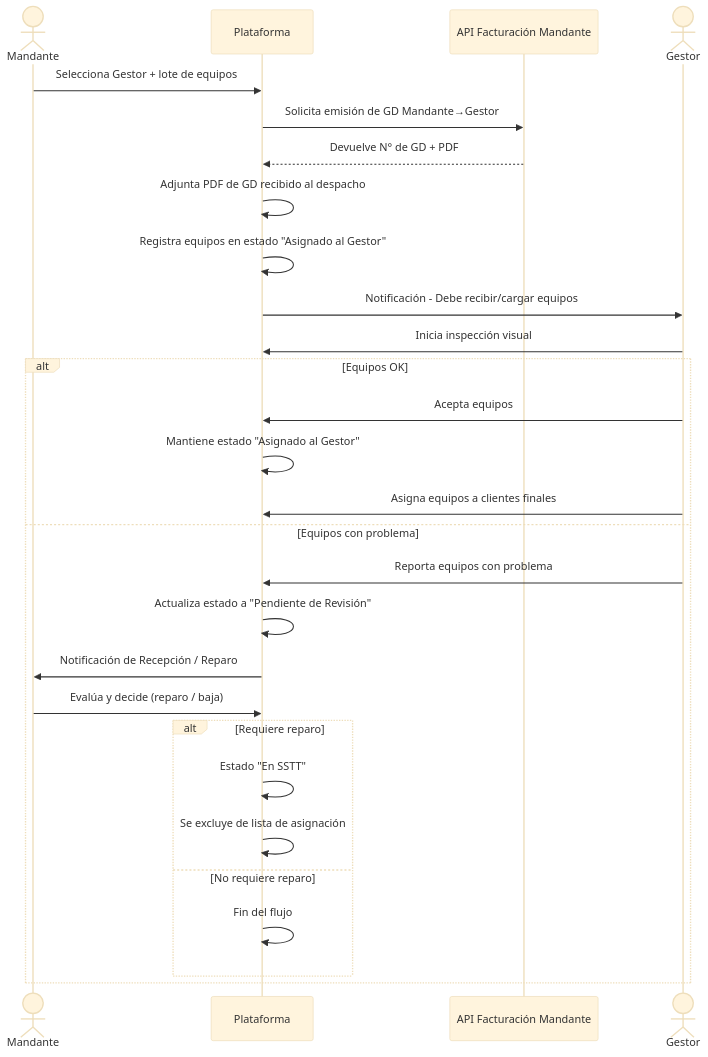
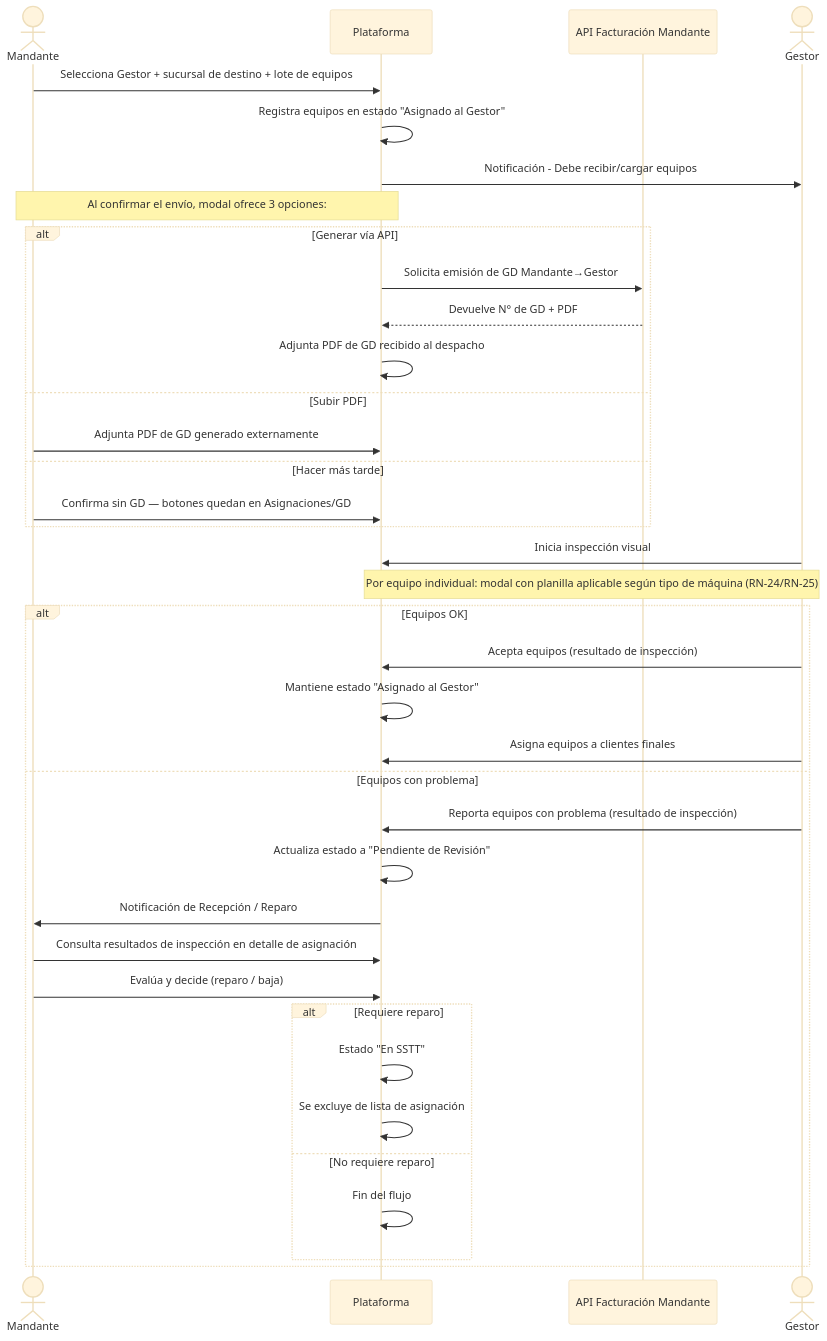
Before and after one commit to nicolascasanova0799/Prototipo-Maquinas: the fifth of 7 diagrams in .gitbook/docs/diagramas-del-sistema.md, drawn with Mermaid (base theme). The commit also changed other lines of this file and 57 other files, not shown here.

First line of the commit message:
Add changelog documentation tracking 14 applied prototype changes from obs1.md review session, including Carozzi rebrand, Gestor terminology, multi-address support, GD generation flow, inspection templates, and RUT field additions

````diff
--- a/.gitbook/docs/diagramas-del-sistema.md
+++ b/.gitbook/docs/diagramas-del-sistema.md
@@ -204,31 +206,40 @@
 ```mermaid
 sequenceDiagram
     actor M as Mandante
     participant S as Plataforma
     participant F as API Facturación Mandante
     actor D as Gestor
 
-    M->>S: Selecciona Gestor + lote de equipos
-    S->>F: Solicita emisión de GD Mandante→Gestor
-    F-->>S: Devuelve N° de GD + PDF
-    S->>S: Adjunta PDF de GD recibido al despacho
+    M->>S: Selecciona Gestor + sucursal de destino + lote de equipos
     S->>S: Registra equipos en estado "Asignado al Gestor"
     S->>D: Notificación - Debe recibir/cargar equipos
+    Note over M,S: Al confirmar el envío, modal ofrece 3 opciones:
+    alt Generar vía API
+        S->>F: Solicita emisión de GD Mandante→Gestor
+        F-->>S: Devuelve N° de GD + PDF
+        S->>S: Adjunta PDF de GD recibido al despacho
+    else Subir PDF
+        M->>S: Adjunta PDF de GD generado externamente
+    else Hacer más tarde
+        M->>S: Confirma sin GD — botones quedan en Asignaciones/GD
+    end
     D->>S: Inicia inspección visual
+    Note over D,S: Por equipo individual: modal con planilla aplicable según tipo de máquina (RN-24/RN-25)
     alt Equipos OK
-        D->>S: Acepta equipos
+        D->>S: Acepta equipos (resultado de inspección)
         S->>S: Mantiene estado "Asignado al Gestor"
         D->>S: Asigna equipos a clientes finales
     else Equipos con problema
-        D->>S: Reporta equipos con problema
+        D->>S: Reporta equipos con problema (resultado de inspección)
         S->>S: Actualiza estado a "Pendiente de Revisión"
         S->>M: Notificación de Recepción / Reparo
+        M->>S: Consulta resultados de inspección en detalle de asignación
         M->>S: Evalúa y decide (reparo / baja)
         alt Requiere reparo
             S->>S: Estado "En SSTT"
             S->>S: Se excluye de lista de asignación
         else No requiere reparo
             S->>S: Fin del flujo
         end
     end
 ```
````
